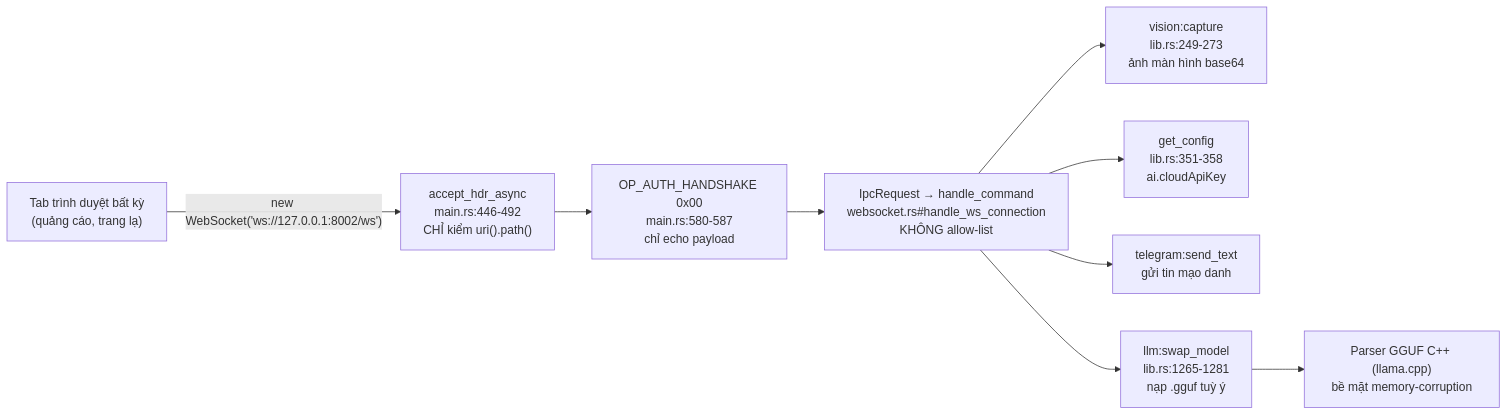
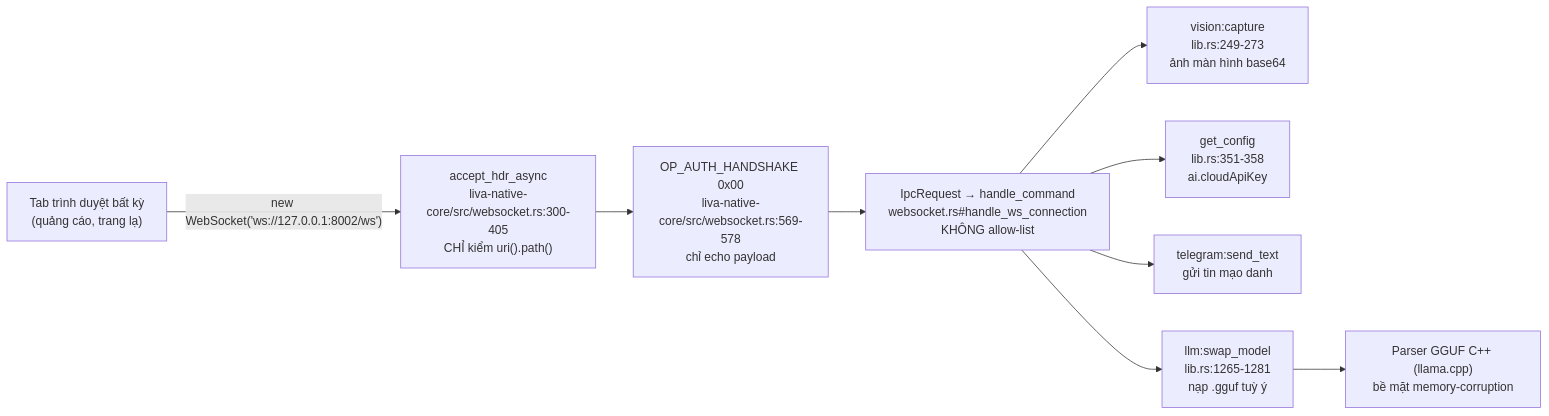
The first of 2 diagrams in docs/03-danh-gia/02-no-ky-thuat-va-rui-ro.md (DuongNAD/LIVA), drawn with Mermaid before and after one commit. The commit also changed other lines of this file and 59 other files, not shown here.

````diff
--- a/docs/03-danh-gia/02-no-ky-thuat-va-rui-ro.md
+++ b/docs/03-danh-gia/02-no-ky-thuat-va-rui-ro.md
@@ -85,11 +119,11 @@
 ```mermaid
 flowchart LR
-    A["Tab trình duyệt bất kỳ<br/>(quảng cáo, trang lạ)"] -->|"new WebSocket('ws://127.0.0.1:8002/ws')"| B["accept_hdr_async<br/>main.rs:446-492<br/>CHỈ kiểm uri().path()"]
-    B --> C["OP_AUTH_HANDSHAKE 0x00<br/>main.rs:580-587<br/>chỉ echo payload"]
+    A["Tab trình duyệt bất kỳ<br/>(quảng cáo, trang lạ)"] -->|"new WebSocket('ws://127.0.0.1:8002/ws')"| B["accept_hdr_async<br/>liva-native-core/src/websocket.rs:300-405<br/>CHỈ kiểm uri().path()"]
+    B --> C["OP_AUTH_HANDSHAKE 0x00<br/>liva-native-core/src/websocket.rs:569-578<br/>chỉ echo payload"]
     C --> D["IpcRequest → handle_command<br/>websocket.rs#handle_ws_connection<br/>KHÔNG allow-list"]
     D --> E1["vision:capture<br/>lib.rs:249-273<br/>ảnh màn hình base64"]
     D --> E2["get_config<br/>lib.rs:351-358<br/>ai.cloudApiKey"]
     D --> E3["telegram:send_text<br/>gửi tin mạo danh"]
     D --> E4["llm:swap_model<br/>lib.rs:1265-1281<br/>nạp .gguf tuỳ ý"]
     E4 --> F["Parser GGUF C++ (llama.cpp)<br/>bề mặt memory-corruption"]
 ```
````
